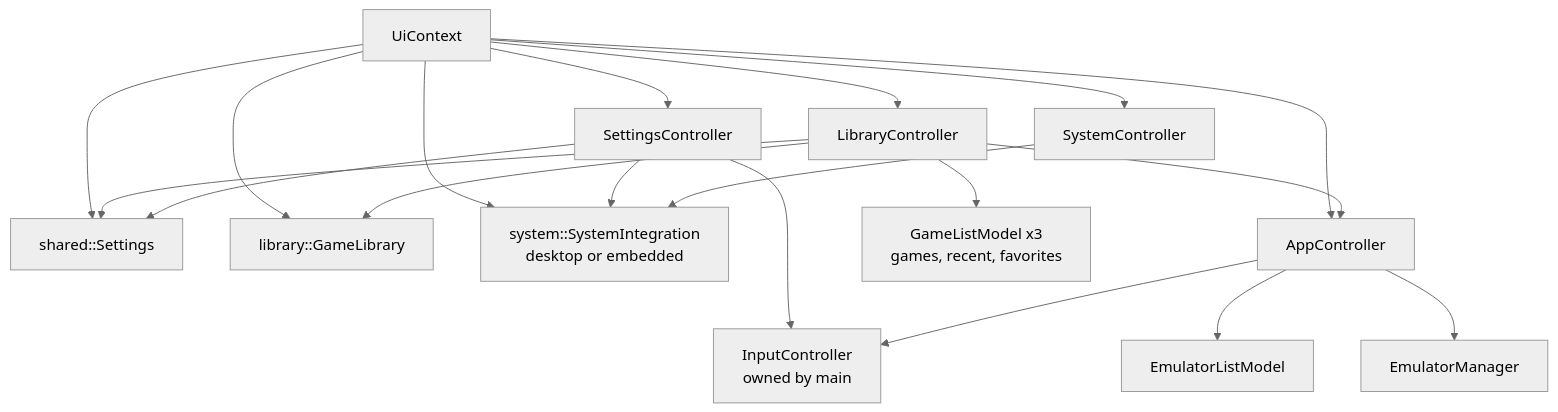
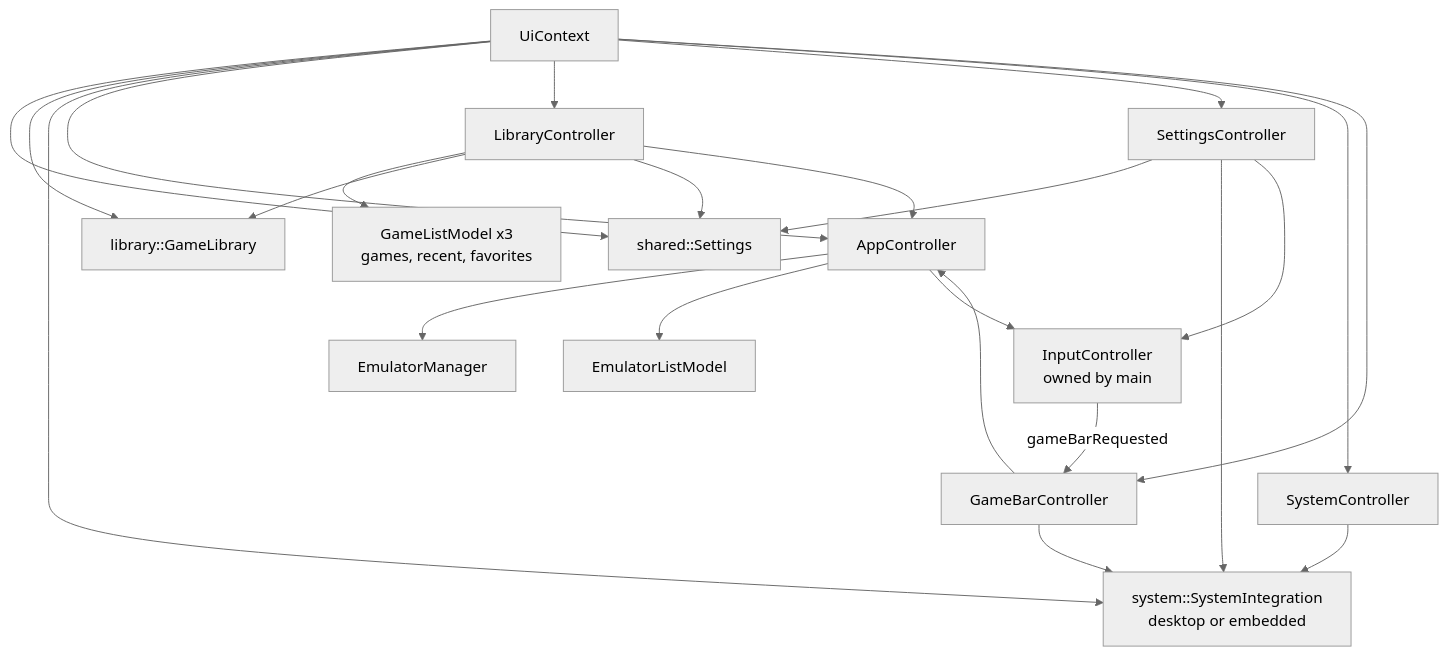
The second of 6 diagrams in docs/architecture.md (szebasztianmarton/Nexora-OS), drawn with Mermaid (neutral theme) before and after one commit. The commit also changed other lines of this file and 31 other files, not shown here.

First line of the commit message:
Add an Xbox Game Bar style overlay (game bar)

````diff
--- a/docs/architecture.md
+++ b/docs/architecture.md
@@ -71,22 +71,26 @@
 ```mermaid
 graph TD
     ctx[UiContext]
     ctx --> settings[shared::Settings]
     ctx --> glib[library::GameLibrary]
     ctx --> sysint[system::SystemIntegration<br/>desktop or embedded]
     ctx --> ac[AppController]
     ctx --> lc[LibraryController]
     ctx --> sc[SettingsController]
     ctx --> syc[SystemController]
+    ctx --> gbc[GameBarController]
+    gbc --> ac
+    gbc --> sysint
+    ic -- gameBarRequested --> gbc
     ac --> em[EmulatorManager]
     ac --> elm[EmulatorListModel]
     lc --> glm[GameListModel x3<br/>games, recent, favorites]
     lc --> glib
     lc --> settings
     lc --> ac
     sc --> settings
     sc --> sysint
     sc --> ic[InputController<br/>owned by main]
     ac --> ic
     syc --> sysint
 ```
````
